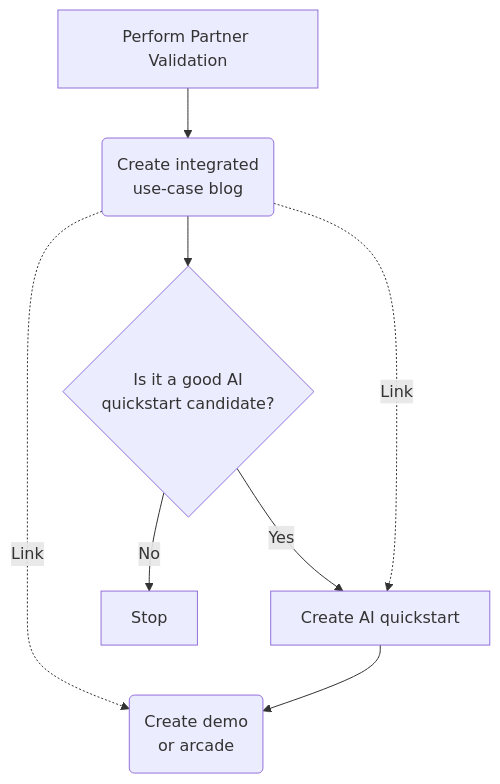
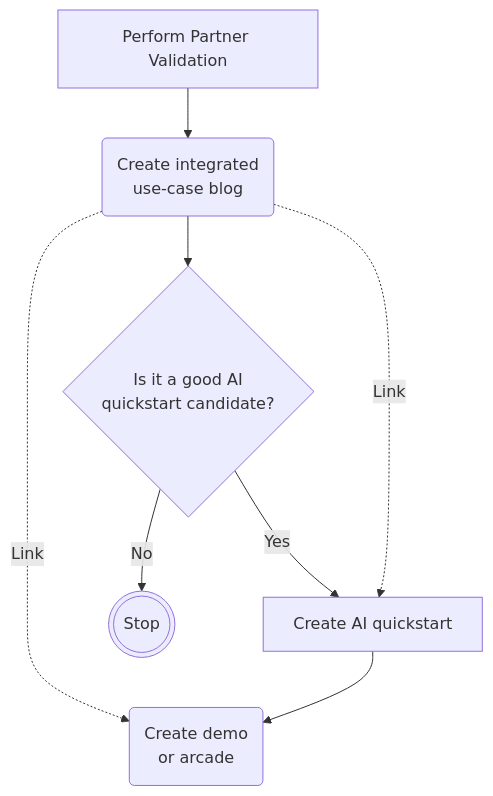
The diagram in README.md (seanmerrow/homelab), drawn with Mermaid before and after one commit.

Commit message:
Update flowchart in README for clarity

````diff
--- a/README.md
+++ b/README.md
@@ -3,10 +3,10 @@
 ```mermaid
 flowchart TD
     A[Perform Partner Validation] -->B("Create integrated\nuse-case blog")
     B --> C{"Is it a good AI\nquickstart candidate?"}
     B -.->|Link| F
     C -->|Yes| D[Create AI quickstart]
     B -.->|Link| D
-    C -->|No| E[Stop]
+    C -->|No| E@{ shape: dbl-circ, label: "Stop" }
     D --> F("Create demo\nor arcade")
 ```
````
